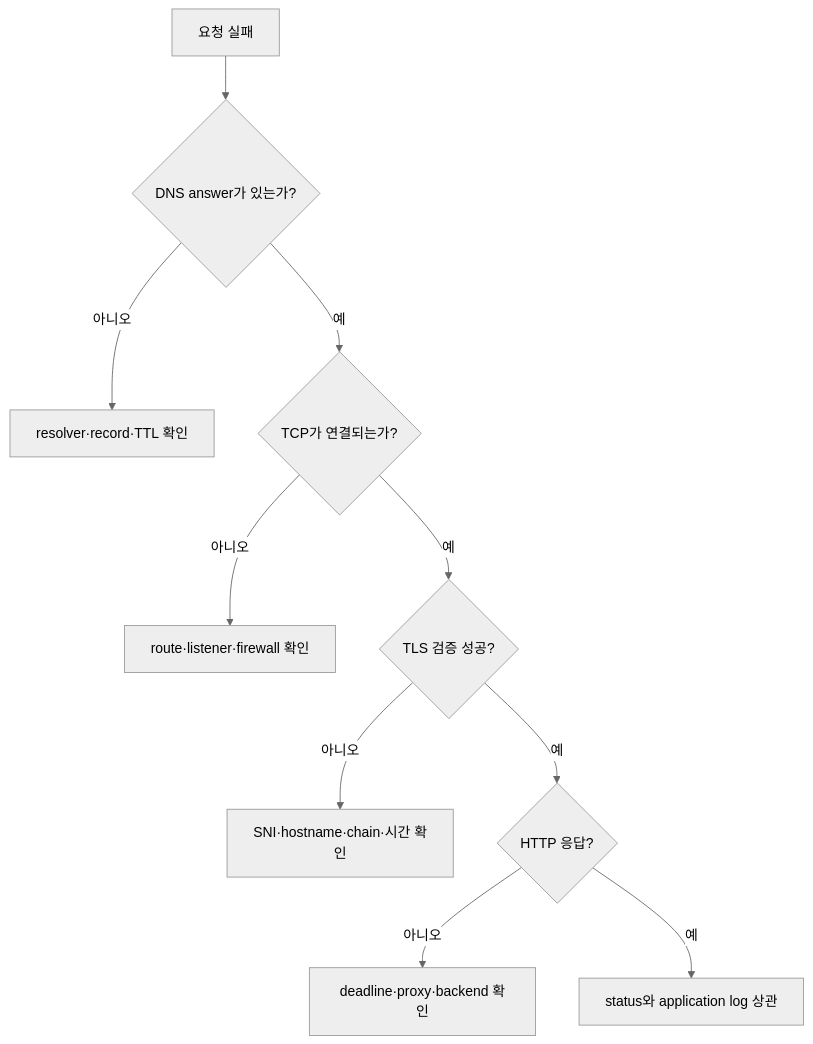
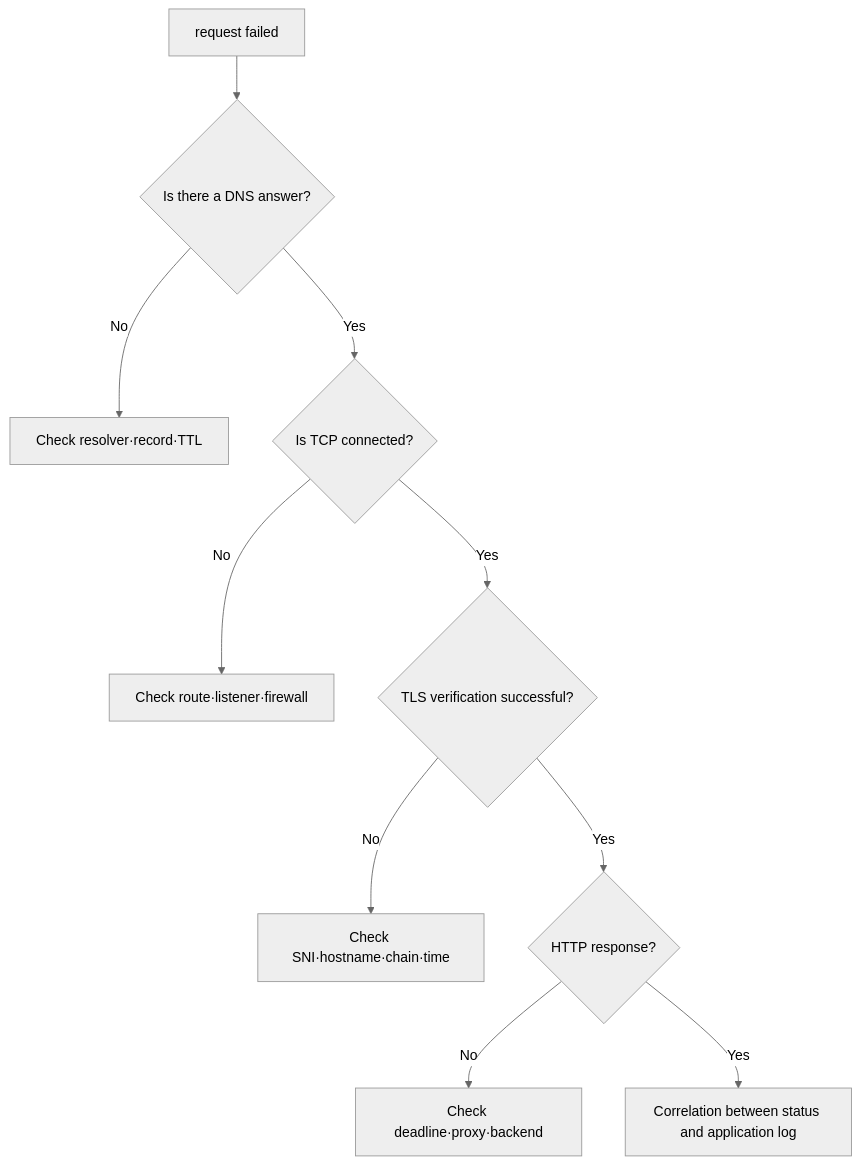
One commit to nohdol97/nohdol-study changed the diagram in docs-site/content/networking/02-layered-diagnosis-lab.md. Above: the diagram before and after it, drawn with Mermaid (neutral theme). The commit also changed other lines of this file and 116 other files, not shown here.

````diff
--- a/docs-site/content/networking/02-layered-diagnosis-lab.md
+++ b/docs-site/content/networking/02-layered-diagnosis-lab.md
@@ -76,12 +76,12 @@
 ```mermaid
 flowchart TD
-    A[요청 실패] --> B{DNS answer가 있는가?}
-    B -->|아니오| C[resolver·record·TTL 확인]
-    B -->|예| D{TCP가 연결되는가?}
-    D -->|아니오| E[route·listener·firewall 확인]
-    D -->|예| F{TLS 검증 성공?}
-    F -->|아니오| G[SNI·hostname·chain·시간 확인]
-    F -->|예| H{HTTP 응답?}
-    H -->|아니오| I[deadline·proxy·backend 확인]
-    H -->|예| J[status와 application log 상관]
+    A[request failed] --> B{Is there a DNS answer?}
+    B -->|No| C[Check resolver·record·TTL]
+    B -->|Yes| D{Is TCP connected?}
+    D -->|No| E[Check route·listener·firewall]
+    D -->|Yes| F{TLS verification successful?}
+    F -->|No| G[Check SNI·hostname·chain·time]
+    F -->|Yes| H{HTTP response?}
+    H -->|No| I[Check deadline·proxy·backend]
+    H -->|Yes| J[Correlation between status and application log]
 ```
````
